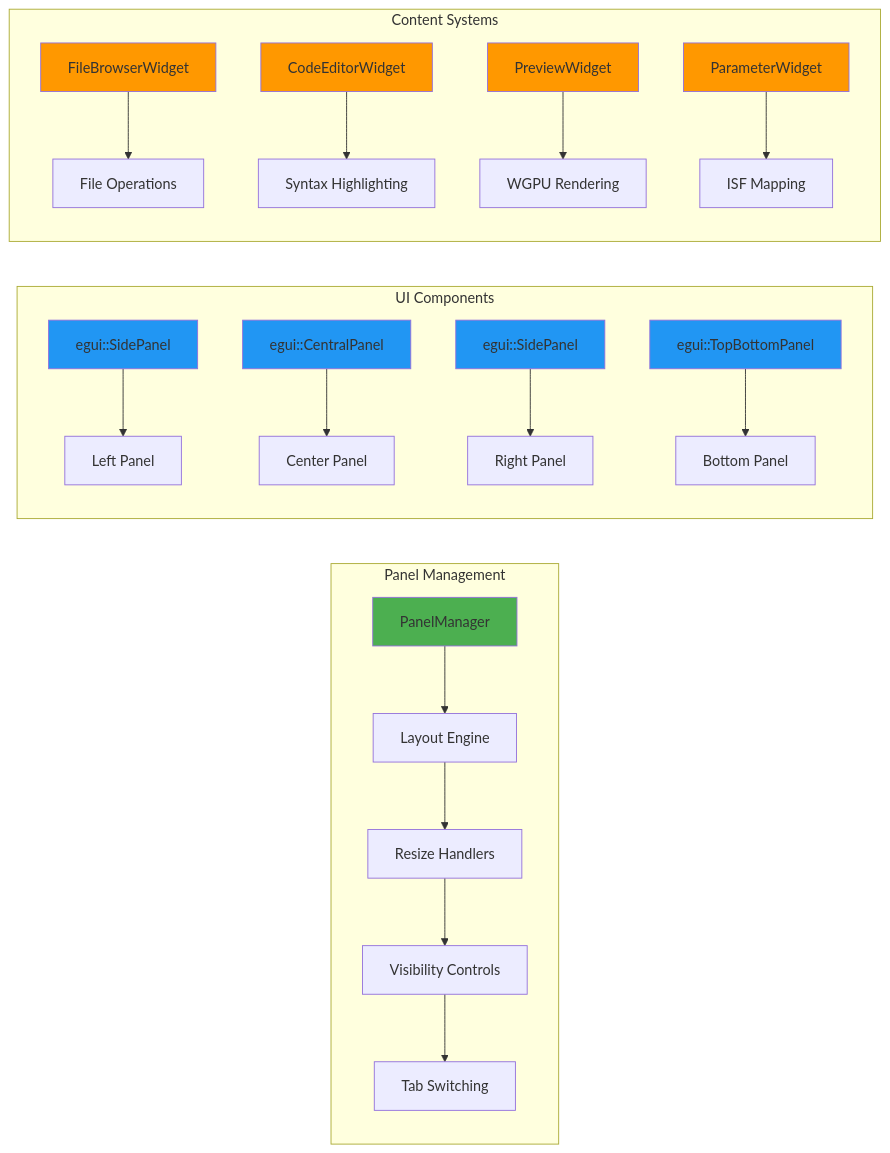
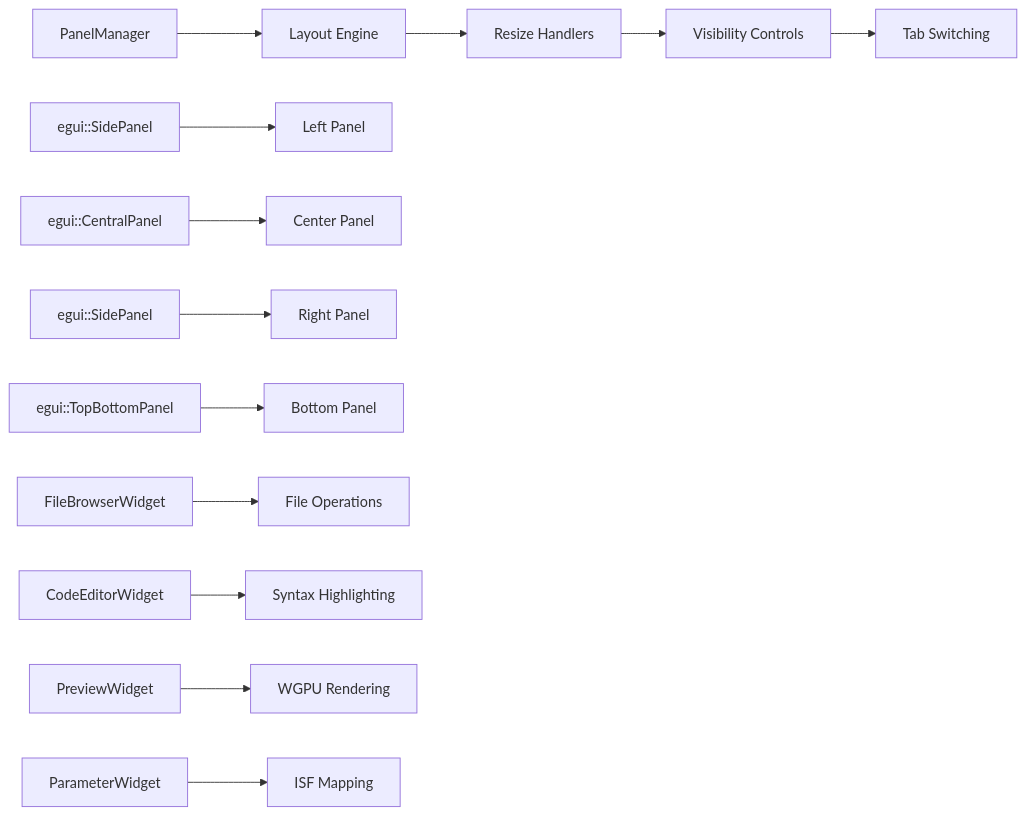
Before and after one commit to compiling-org/WGSL-Shader-Studio: the fifth of 20 diagrams in docs/TECHNICAL_ARCHITECTURE_REFERENCE.md, drawn with Mermaid. The commit also changed other lines of this file and 37 other files, not shown here.

Commit message:
docs: reality-aligned content updates; diagrams unchanged; roadmap fix; systems reference wiring; PRD narrative adjusted; tech-arch reference note

````diff
--- a/docs/TECHNICAL_ARCHITECTURE_REFERENCE.md
+++ b/docs/TECHNICAL_ARCHITECTURE_REFERENCE.md
@@ -140,33 +109,15 @@
 ```mermaid
-graph LR
-    subgraph "Panel Management"
-        A[PanelManager] --> B[Layout Engine]
-        B --> C[Resize Handlers]
-        C --> D[Visibility Controls]
-        D --> E[Tab Switching]
-    end
-    
-    subgraph "UI Components"
-        F[egui::SidePanel] --> G[Left Panel]
-        H[egui::CentralPanel] --> I[Center Panel]
-        J[egui::SidePanel] --> K[Right Panel]
-        L[egui::TopBottomPanel] --> M[Bottom Panel]
-    end
-    
-    subgraph "Content Systems"
-        N[FileBrowserWidget] --> O[File Operations]
-        P[CodeEditorWidget] --> Q[Syntax Highlighting]
-        R[PreviewWidget] --> S[WGPU Rendering]
-        T[ParameterWidget] --> U[ISF Mapping]
-    end
-    
-    style A fill:#4caf50
-    style F fill:#2196f3
-    style H fill:#2196f3
-    style J fill:#2196f3
-    style L fill:#2196f3
-    style N fill:#ff9800
-    style P fill:#ff9800
-    style R fill:#ff9800
-    style T fill:#ff9800
+flowchart LR
+    PM[PanelManager] --> LE[Layout Engine]
+    LE --> RH[Resize Handlers]
+    RH --> VC[Visibility Controls]
+    VC --> TS[Tab Switching]
+    SP[egui::SidePanel] --> LP[Left Panel]
+    CPn[egui::CentralPanel] --> Cn[Center Panel]
+    RPs[egui::SidePanel] --> RP[Right Panel]
+    TB[egui::TopBottomPanel] --> BP[Bottom Panel]
+    FBW[FileBrowserWidget] --> FO[File Operations]
+    CEW[CodeEditorWidget] --> SH[Syntax Highlighting]
+    PW[PreviewWidget] --> WR[WGPU Rendering]
+    ParW[ParameterWidget] --> IM[ISF Mapping]
 ```
````
